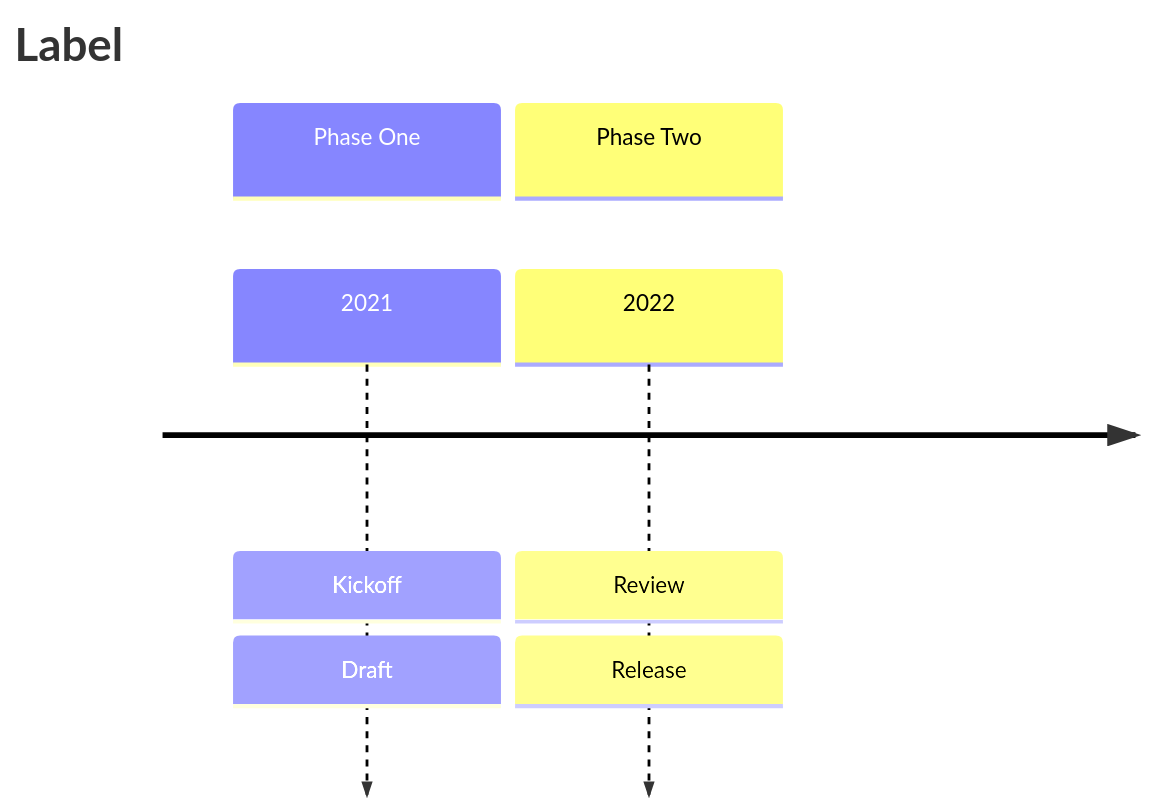
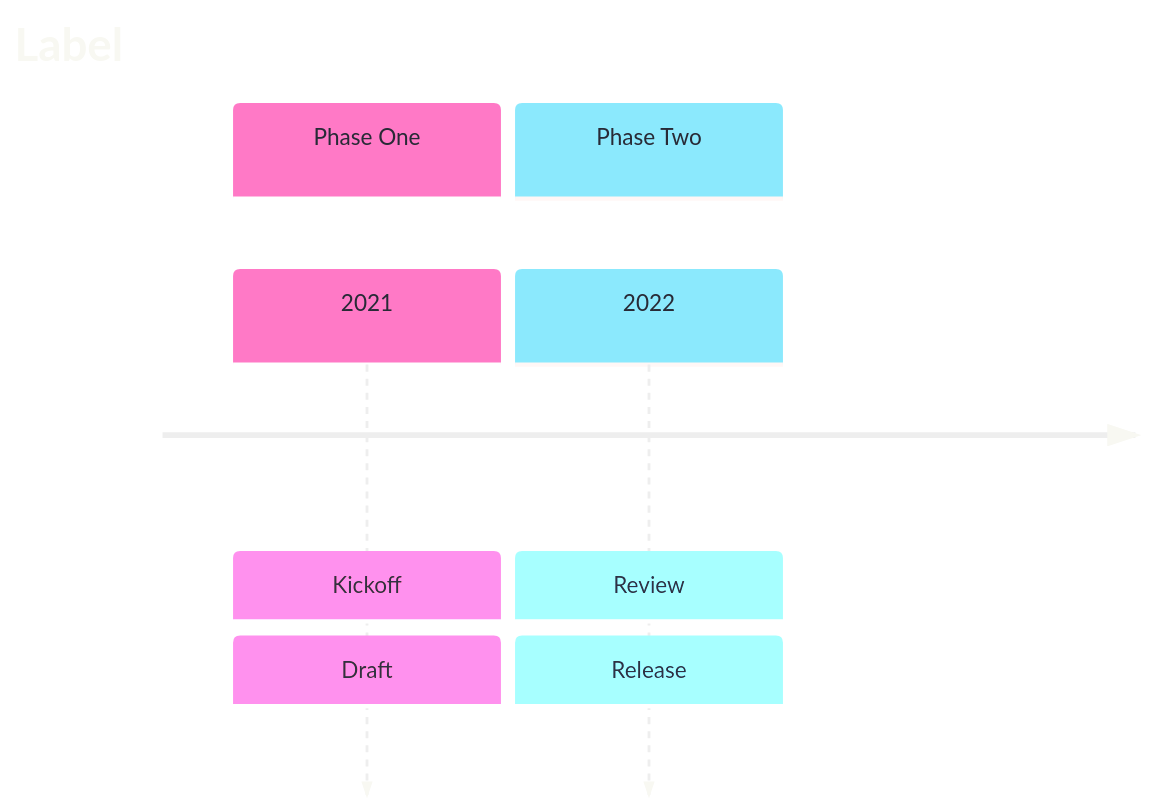
Before and after one commit to bsamiee/Rasm: diagram 15 of 25 in .claude/skills/mermaid-diagramming/references/syntax-extended.md, drawn with Mermaid. The commit also changed other lines of this file and 55 other files, not shown here.

````diff
--- a/.claude/skills/mermaid-diagramming/references/syntax-extended.md
+++ b/.claude/skills/mermaid-diagramming/references/syntax-extended.md
@@ -336,8 +408,19 @@
 ```mermaid
+---
+config:
+  theme: base
+  themeVariables:
+    darkMode: true
+    textColor: "#F8F8F2"
+    cScale0: "#FF79C6"
+    cScale1: "#8BE9FD"
+    cScaleLabel0: "#282A36"
+    cScaleLabel1: "#282A36"
+---
 timeline
   title Label
   section Phase One
     2021 : Kickoff : Draft
   section Phase Two
     2022 : Review : Release
 ```
````
